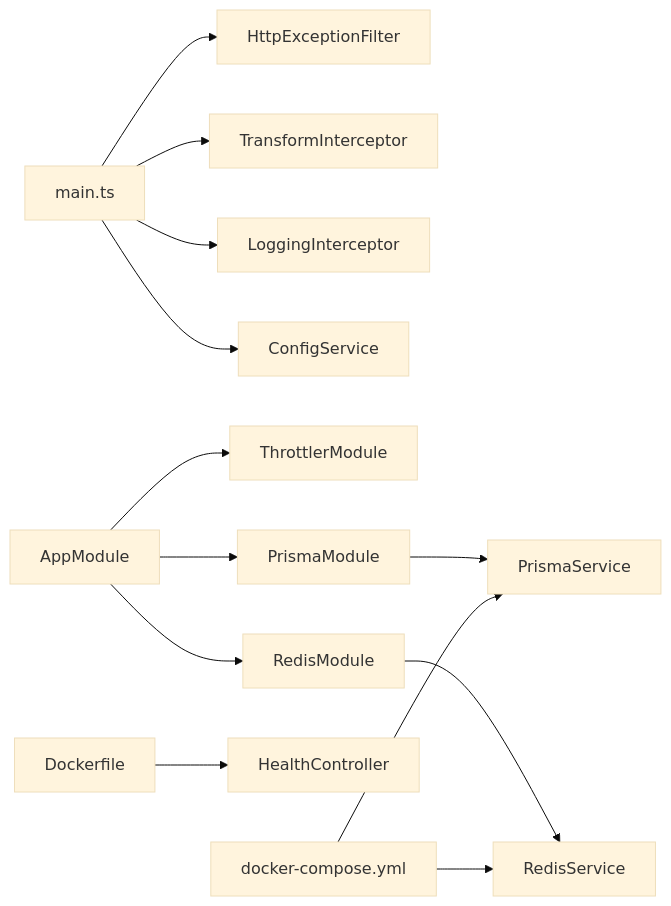
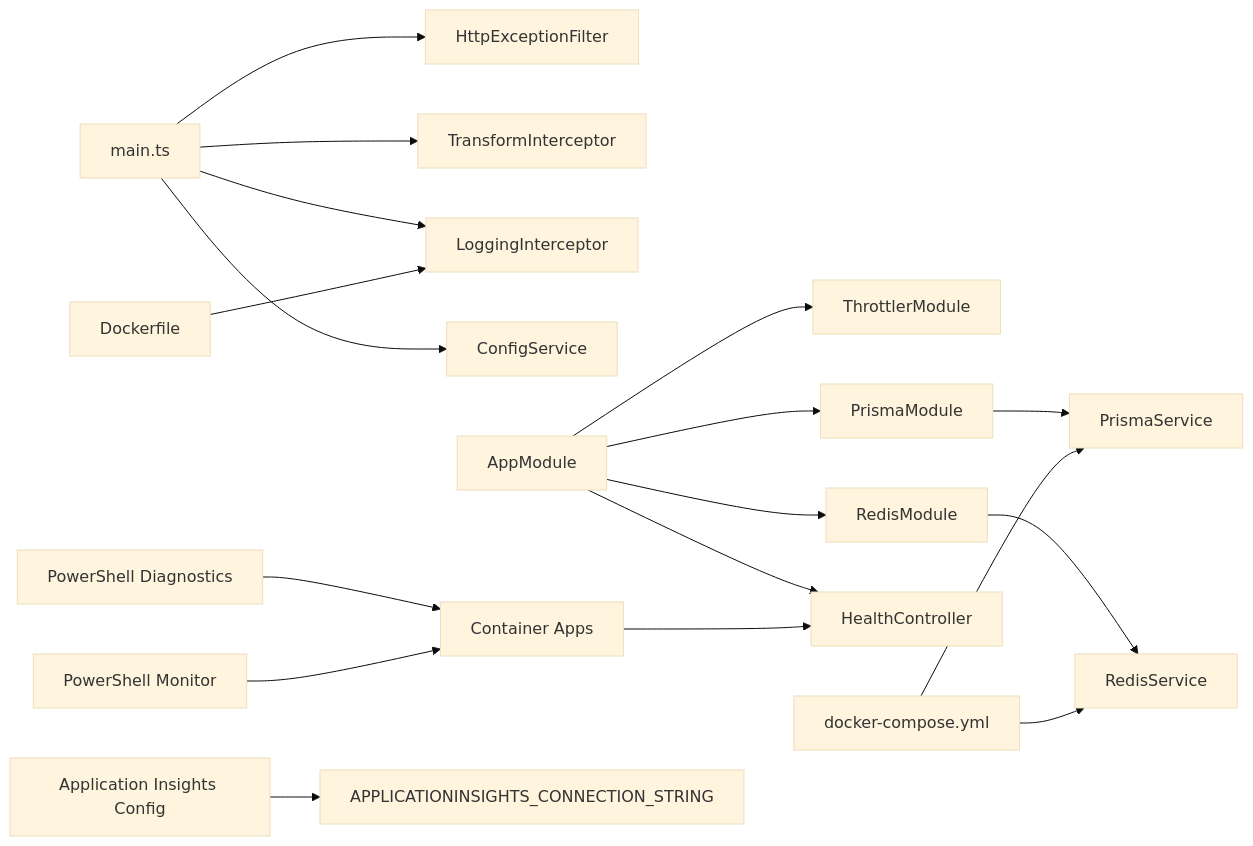
The third of 3 diagrams in .qoder/repowiki/en/content/Monitoring and Maintenance.md (Avi-Bendetsky/Quiz-to-build), drawn with Mermaid (base theme) before and after one commit. The commit also changed other lines of this file and 41 other files, not shown here.

````diff
--- a/.qoder/repowiki/en/content/Monitoring and Maintenance.md
+++ b/.qoder/repowiki/en/content/Monitoring and Maintenance.md
@@ -274,15 +350,20 @@
 ```mermaid
 graph LR
 M["main.ts"] --> F["HttpExceptionFilter"]
 M --> T["TransformInterceptor"]
 M --> L["LoggingInterceptor"]
 M --> C["ConfigService"]
 AM["AppModule"] --> TM["ThrottlerModule"]
 AM --> PM["PrismaModule"]
 AM --> RM["RedisModule"]
+AM --> HC["HealthController"]
 PM --> PS["PrismaService"]
 RM --> RS["RedisService"]
-DK["Dockerfile"] --> HC["HealthController"]
+DK["Dockerfile"] --> L
 DC["docker-compose.yml"] --> PS
 DC --> RS
+TFCA["Container Apps"] --> HC
+PS_DIAG["PowerShell Diagnostics"] --> TFCA
+PS_MON["PowerShell Monitor"] --> TFCA
+AIC["Application Insights Config"] --> ENV["APPLICATIONINSIGHTS_CONNECTION_STRING"]
 ```
````
